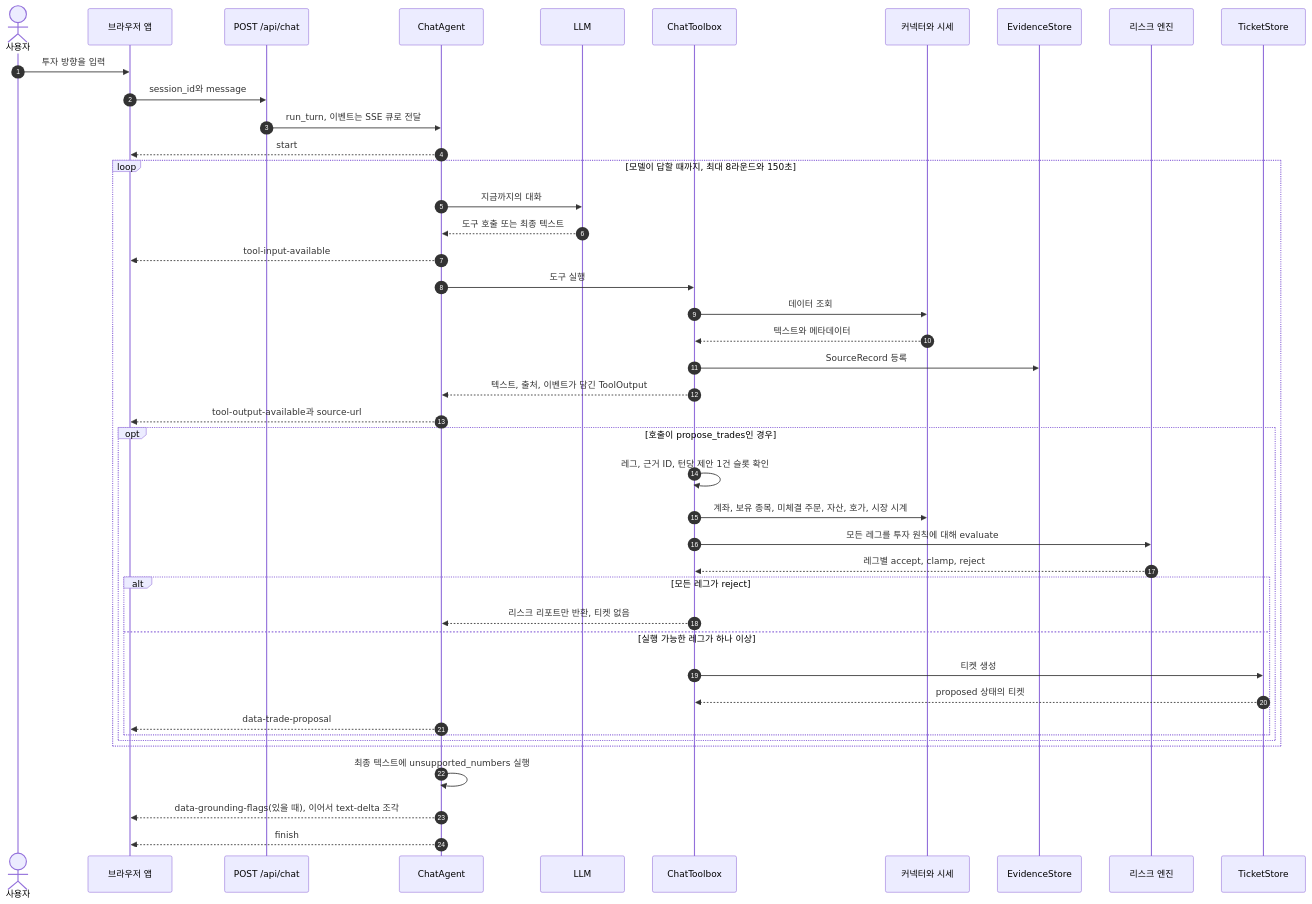
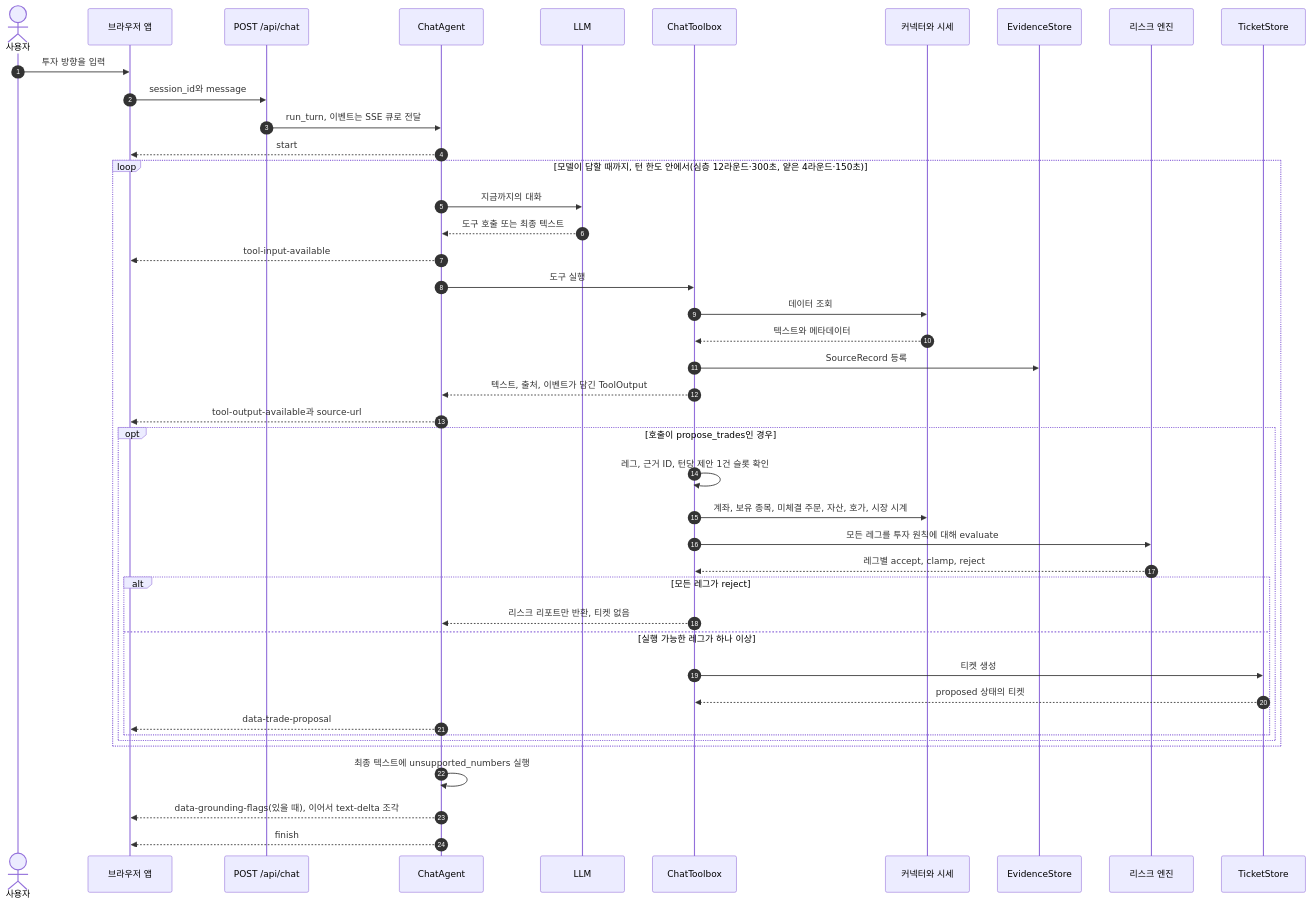
Before and after one commit to heon-1219/tradingDecisionAgent: the sixth of 8 diagrams in docs/architecture.md, drawn with Mermaid. The commit also changed other lines of this file and 4 other files, not shown here.

````diff
--- a/docs/architecture.md
+++ b/docs/architecture.md
@@ -667,46 +687,46 @@
 ```mermaid
 sequenceDiagram
     autonumber
     actor U as 사용자
     participant UI as 브라우저 앱
     participant API as POST /api/chat
     participant A as ChatAgent
     participant L as LLM
     participant T as ChatToolbox
     participant C as 커넥터와 시세
     participant E as EvidenceStore
     participant R as 리스크 엔진
     participant K as TicketStore
 
     U->>UI: 투자 방향을 입력
     UI->>API: session_id와 message
     API->>A: run_turn, 이벤트는 SSE 큐로 전달
     A-->>UI: start
-    loop 모델이 답할 때까지, 최대 8라운드와 150초
+    loop 모델이 답할 때까지, 턴 한도 안에서(심층 12라운드·300초, 얕은 4라운드·150초)
         A->>L: 지금까지의 대화
         L-->>A: 도구 호출 또는 최종 텍스트
         A-->>UI: tool-input-available
         A->>T: 도구 실행
         T->>C: 데이터 조회
         C-->>T: 텍스트와 메타데이터
         T->>E: SourceRecord 등록
         T-->>A: 텍스트, 출처, 이벤트가 담긴 ToolOutput
         A-->>UI: tool-output-available과 source-url
         opt 호출이 propose_trades인 경우
             T->>T: 레그, 근거 ID, 턴당 제안 1건 슬롯 확인
             T->>C: 계좌, 보유 종목, 미체결 주문, 자산, 호가, 시장 시계
             T->>R: 모든 레그를 투자 원칙에 대해 evaluate
             R-->>T: 레그별 accept, clamp, reject
             alt 모든 레그가 reject
                 T-->>A: 리스크 리포트만 반환, 티켓 없음
             else 실행 가능한 레그가 하나 이상
                 T->>K: 티켓 생성
                 K-->>T: proposed 상태의 티켓
                 A-->>UI: data-trade-proposal
             end
         end
     end
     A->>A: 최종 텍스트에 unsupported_numbers 실행
     A-->>UI: data-grounding-flags(있을 때), 이어서 text-delta 조각
     A-->>UI: finish
 ```
````
